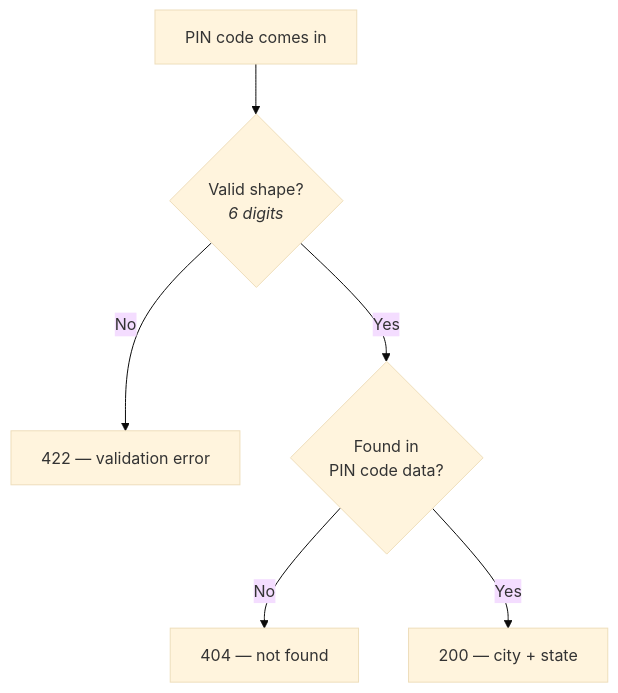
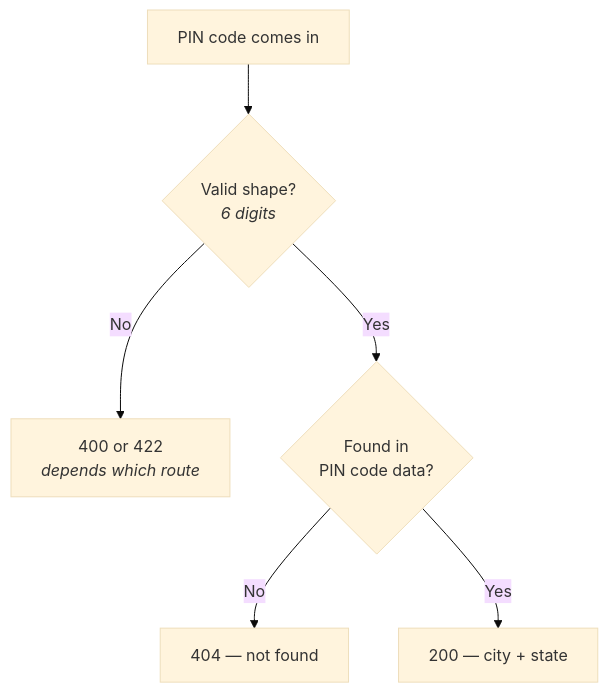
The diagram in AI-Engineering/00-Fast-API/notes/Project-2/01-Client-Briefing-And-Architecture.md (Dummy-Bug/system-design-handbook), drawn with Mermaid (base theme) before and after one commit. The commit also changed other lines of this file and 207 other files, not shown here.

````diff
--- a/AI-Engineering/00-Fast-API/notes/Project-2/01-Client-Briefing-And-Architecture.md
+++ b/AI-Engineering/00-Fast-API/notes/Project-2/01-Client-Briefing-And-Architecture.md
@@ -17,8 +17,8 @@
 ```mermaid
 flowchart TD
     IN["PIN code comes in"] --> V{"Valid shape?<br/><i>6 digits</i>"}
-    V -- "No" --> E1["422 — validation error"]
+    V -- "No" --> E1["400 or 422<br/><i>depends which route</i>"]
     V -- "Yes" --> L{"Found in<br/>PIN code data?"}
     L -- "No" --> E2["404 — not found"]
     L -- "Yes" --> OK["200 — city + state"]
 ```
````
